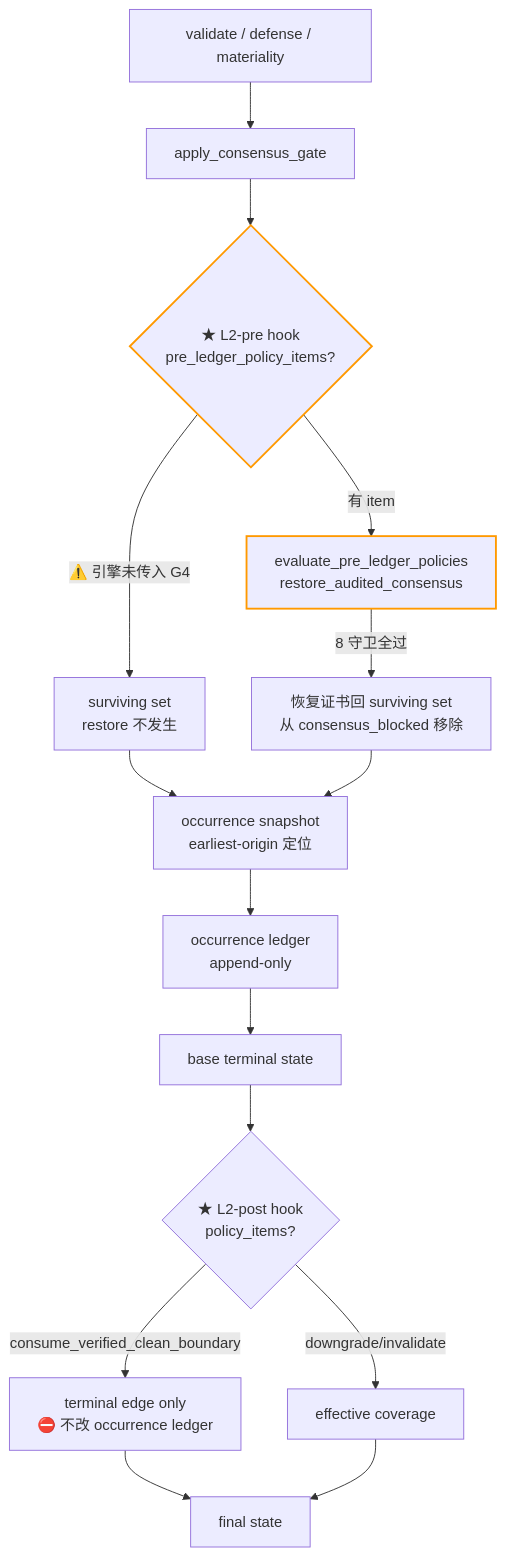
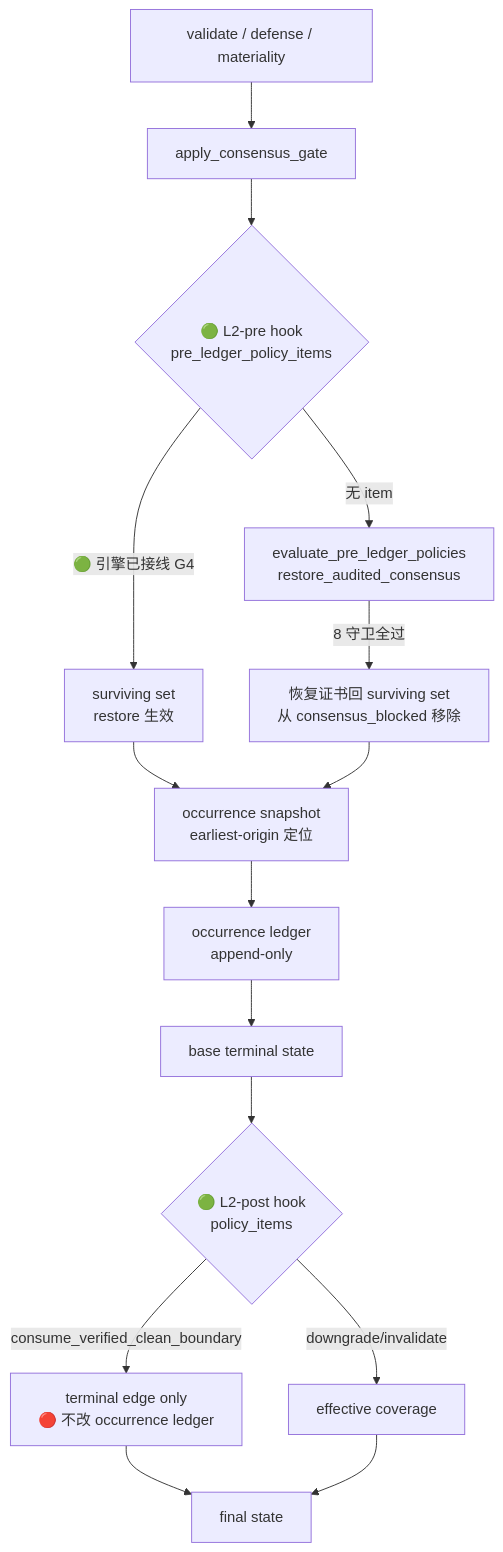
The fifth of 8 diagrams in docs/technical/SEHD_V6_FRAMEWORK_VISUAL.md (liuxinglin70-cmyk/Agent-Hallucination), drawn with Mermaid before and after one commit. The commit also changed other lines of this file and 1 other file, not shown here.

````diff
--- a/docs/technical/SEHD_V6_FRAMEWORK_VISUAL.md
+++ b/docs/technical/SEHD_V6_FRAMEWORK_VISUAL.md
@@ -136,19 +132,16 @@
 ```mermaid
 flowchart TB
     A[validate / defense / materiality] --> B[apply_consensus_gate]
-    B --> C{★ L2-pre hook<br/>pre_ledger_policy_items?}
-    C -->|⚠️ 引擎未传入 G4| D[surviving set<br/>restore 不发生]
-    C -->|有 item| E[evaluate_pre_ledger_policies<br/>restore_audited_consensus]
+    B --> C{🟢 L2-pre hook<br/>pre_ledger_policy_items}
+    C -->|🟢 引擎已接线 G4| D[surviving set<br/>restore 生效]
+    C -->|无 item| E[evaluate_pre_ledger_policies<br/>restore_audited_consensus]
     E -->|8 守卫全过| F[恢复证书回 surviving set<br/>从 consensus_blocked 移除]
     D --> G[occurrence snapshot<br/>earliest-origin 定位]
     F --> G
     G --> H[occurrence ledger<br/>append-only]
     H --> I[base terminal state]
-    I --> J{★ L2-post hook<br/>policy_items?}
-    J -->|consume_verified_clean_boundary| K[terminal edge only<br/>⛔ 不改 occurrence ledger]
+    I --> J{🟢 L2-post hook<br/>policy_items}
+    J -->|consume_verified_clean_boundary| K[terminal edge only<br/>🔴 不改 occurrence ledger]
     J -->|downgrade/invalidate| L[effective coverage]
     K & L --> M[final state]
-
-    style C stroke:#f90,stroke-width:2px
-    style E stroke:#f90,stroke-width:2px
 ```
````
